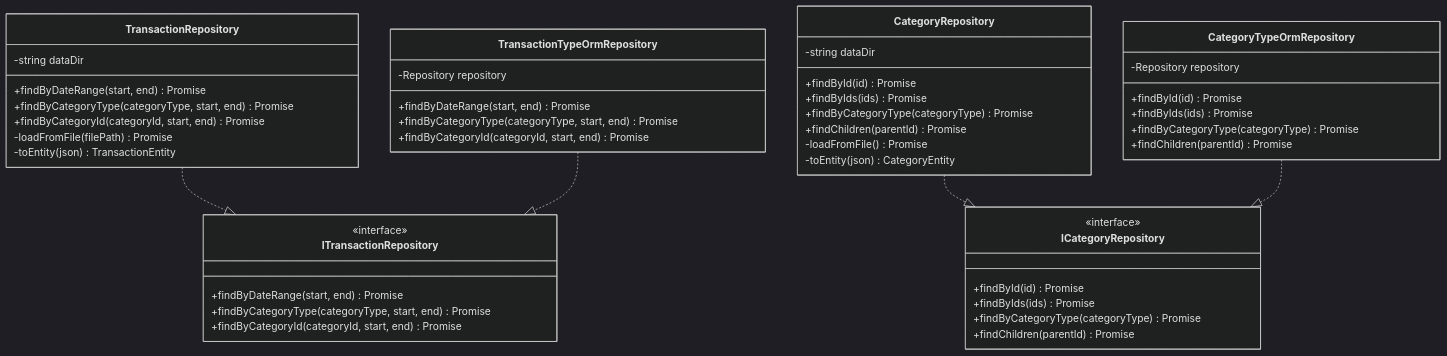
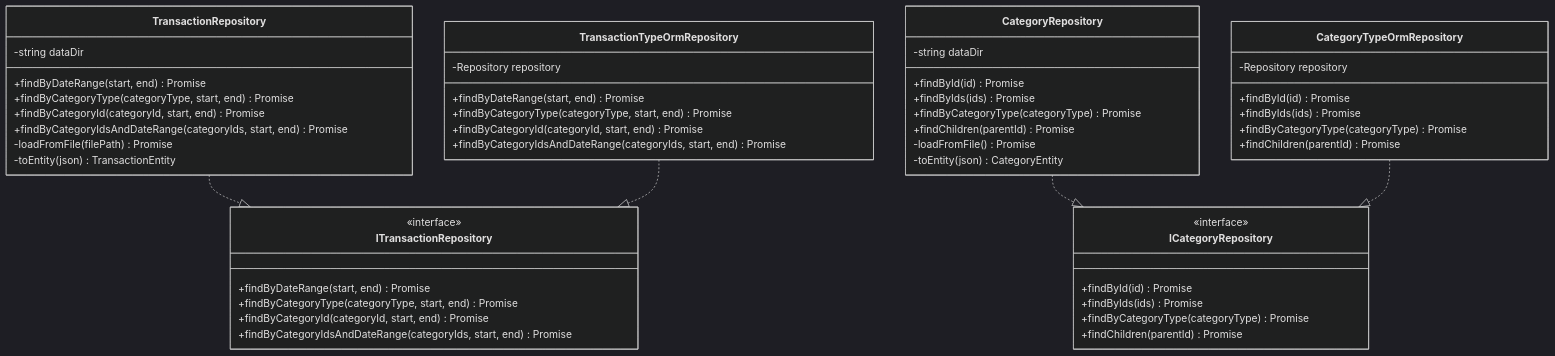
The third of 4 diagrams in docs/detailed-design/FR-019_subcategory-aggregation/class-diagrams.md (kencom2400/account-book), drawn with Mermaid (dark theme) before and after one commit. The commit also changed other lines of this file, not shown here.

First line of the commit message:
docs: Gemini指摘対応 - findByCategoryIdsAndDateRangeメソッドを追加、CategoryEntity.parentIdをstring?に修正

````diff
--- a/docs/detailed-design/FR-019_subcategory-aggregation/class-diagrams.md
+++ b/docs/detailed-design/FR-019_subcategory-aggregation/class-diagrams.md
@@ -299,56 +300,59 @@
 ```mermaid
 classDiagram
     class TransactionRepository {
         -string dataDir
         +findByDateRange(start, end) Promise<TransactionEntity[]>
         +findByCategoryType(categoryType, start, end) Promise<TransactionEntity[]>
         +findByCategoryId(categoryId, start, end) Promise<TransactionEntity[]>
+        +findByCategoryIdsAndDateRange(categoryIds, start, end) Promise<TransactionEntity[]>
         -loadFromFile(filePath) Promise<TransactionEntity[]>
         -toEntity(json) TransactionEntity
     }
 
     class TransactionTypeOrmRepository {
         -Repository<TransactionEntity> repository
         +findByDateRange(start, end) Promise<TransactionEntity[]>
         +findByCategoryType(categoryType, start, end) Promise<TransactionEntity[]>
         +findByCategoryId(categoryId, start, end) Promise<TransactionEntity[]>
+        +findByCategoryIdsAndDateRange(categoryIds, start, end) Promise<TransactionEntity[]>
     }
 
     class CategoryRepository {
         -string dataDir
         +findById(id) Promise<CategoryEntity | null>
         +findByIds(ids) Promise<CategoryEntity[]>
         +findByCategoryType(categoryType) Promise<CategoryEntity[]>
         +findChildren(parentId) Promise<CategoryEntity[]>
         -loadFromFile() Promise<CategoryEntity[]>
         -toEntity(json) CategoryEntity
     }
 
     class CategoryTypeOrmRepository {
         -Repository<CategoryEntity> repository
         +findById(id) Promise<CategoryEntity | null>
         +findByIds(ids) Promise<CategoryEntity[]>
         +findByCategoryType(categoryType) Promise<CategoryEntity[]>
         +findChildren(parentId) Promise<CategoryEntity[]>
     }
 
     class ITransactionRepository {
         <<interface>>
         +findByDateRange(start, end) Promise<TransactionEntity[]>
         +findByCategoryType(categoryType, start, end) Promise<TransactionEntity[]>
         +findByCategoryId(categoryId, start, end) Promise<TransactionEntity[]>
+        +findByCategoryIdsAndDateRange(categoryIds, start, end) Promise<TransactionEntity[]>
     }
 
     class ICategoryRepository {
         <<interface>>
         +findById(id) Promise<CategoryEntity | null>
         +findByIds(ids) Promise<CategoryEntity[]>
         +findByCategoryType(categoryType) Promise<CategoryEntity[]>
         +findChildren(parentId) Promise<CategoryEntity[]>
     }
 
     TransactionRepository ..|> ITransactionRepository
     TransactionTypeOrmRepository ..|> ITransactionRepository
     CategoryRepository ..|> ICategoryRepository
     CategoryTypeOrmRepository ..|> ICategoryRepository
 ```
````
